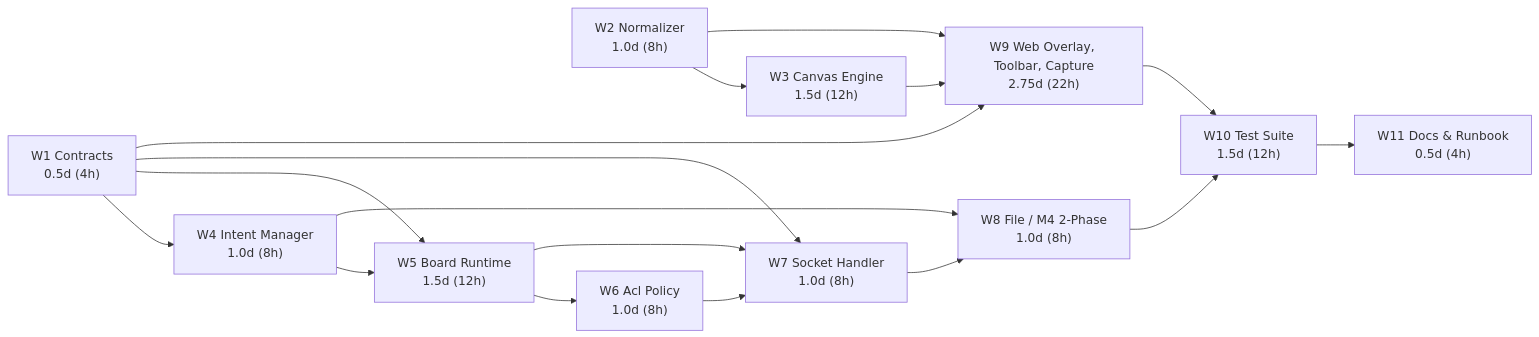
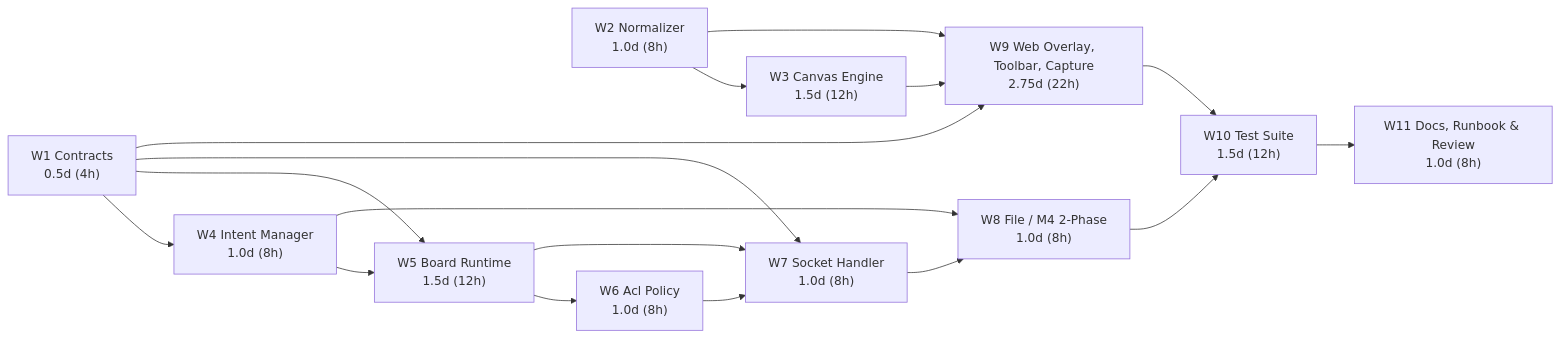
Before and after one commit to Lightning1507/CoLearnia: diagram 12 of 12 in docs/proposals/m5-board.md, drawn with Mermaid. The commit also changed other lines of this file and 11 other files, not shown here.

````diff
--- a/docs/proposals/m5-board.md
+++ b/docs/proposals/m5-board.md
@@ -1059,23 +1064,23 @@
 ```mermaid
 flowchart LR
   W1["W1 Contracts<br/>0.5d (4h)"]
   W2["W2 Normalizer<br/>1.0d (8h)"]
   W3["W3 Canvas Engine<br/>1.5d (12h)"]
   W4["W4 Intent Manager<br/>1.0d (8h)"]
   W5["W5 Board Runtime<br/>1.5d (12h)"]
   W6["W6 Acl Policy<br/>1.0d (8h)"]
   W7["W7 Socket Handler<br/>1.0d (8h)"]
   W8["W8 File / M4 2-Phase<br/>1.0d (8h)"]
   W9["W9 Web Overlay, Toolbar, Capture<br/>2.75d (22h)"]
   W10["W10 Test Suite<br/>1.5d (12h)"]
-  W11["W11 Docs & Runbook<br/>0.5d (4h)"]
+  W11["W11 Docs, Runbook & Review<br/>1.0d (8h)"]
 
   W1 --> W4 --> W5 --> W6 --> W7 --> W8 --> W10 --> W11
   W1 --> W5
   W1 --> W7
   W5 --> W7
   W4 --> W8
   W2 --> W3 --> W9 --> W10
   W1 --> W9
   W2 --> W9
 ```
````
